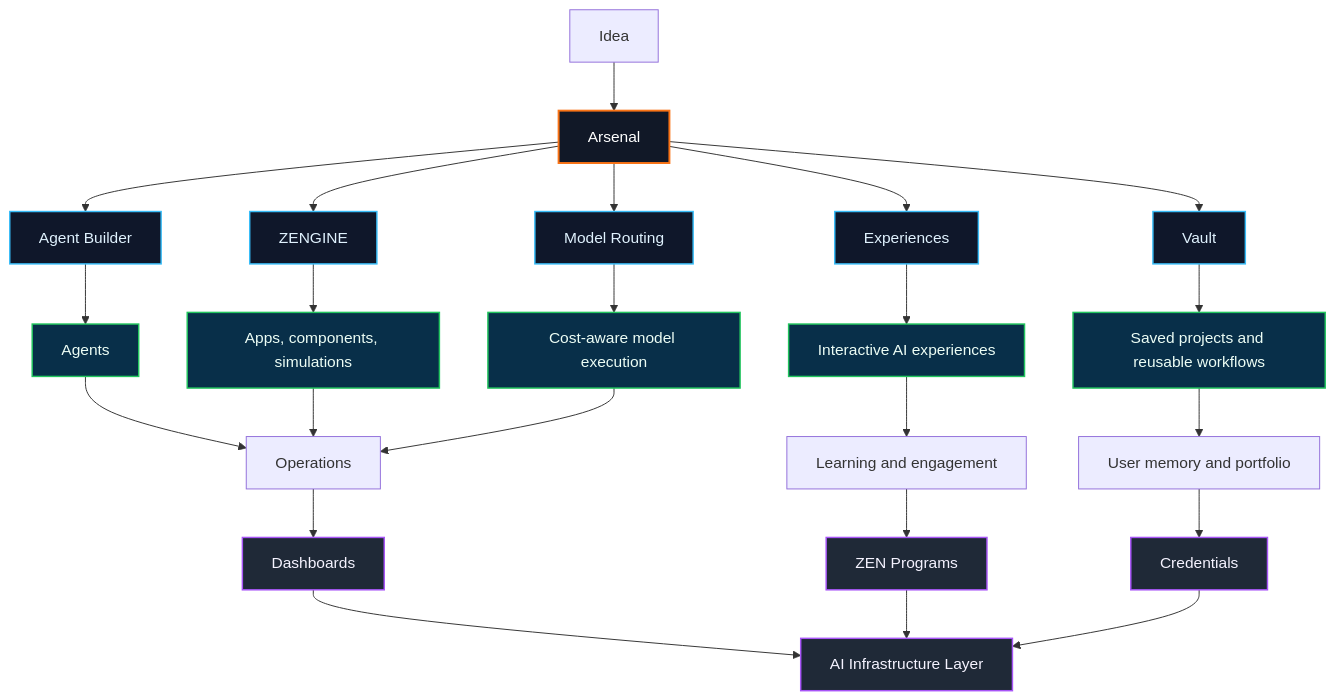
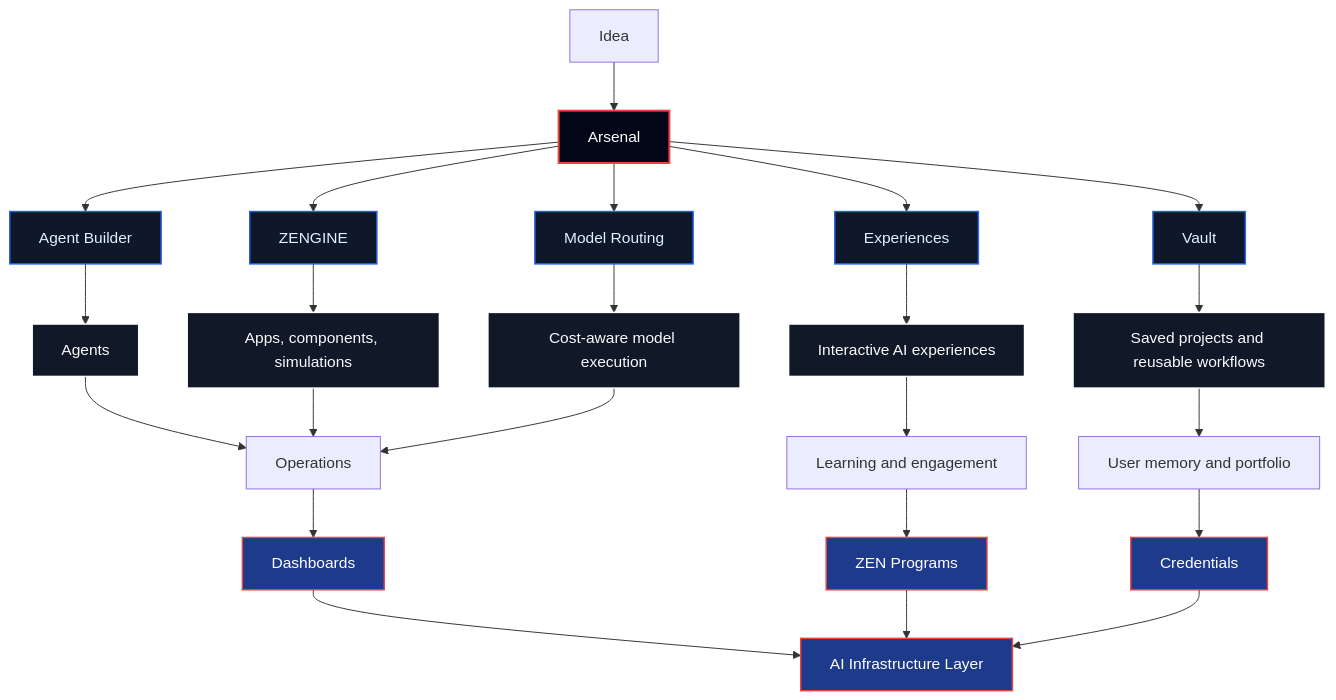
Before and after one commit to Bluenot3/Bluenot3: the diagram in README.md, drawn with Mermaid. The commit also changed other lines of this file, not shown here.

````diff
--- a/README.md
+++ b/README.md
@@ -82,40 +82,40 @@
 ```mermaid
 flowchart TB
     idea["Idea"] --> arsenal["Arsenal"]
 
     arsenal --> builder["Agent Builder"]
     arsenal --> zengine["ZENGINE"]
     arsenal --> experiences["Experiences"]
     arsenal --> vault["Vault"]
     arsenal --> router["Model Routing"]
 
     builder --> agents["Agents"]
     zengine --> apps["Apps, components, simulations"]
     experiences --> interactive["Interactive AI experiences"]
     vault --> memory["Saved projects and reusable workflows"]
     router --> execution["Cost-aware model execution"]
 
     agents --> ops["Operations"]
     apps --> ops
     interactive --> learning["Learning and engagement"]
     memory --> portfolio["User memory and portfolio"]
     execution --> ops
 
     ops --> dashboards["Dashboards"]
     learning --> programs["ZEN Programs"]
     portfolio --> credentials["Credentials"]
 
     dashboards --> infrastructure["AI Infrastructure Layer"]
     programs --> infrastructure
     credentials --> infrastructure
 
-    classDef core fill:#111827,stroke:#F97316,color:#FFFFFF,stroke-width:2px;
-    classDef build fill:#0F172A,stroke:#38BDF8,color:#E0F2FE,stroke-width:1.5px;
-    classDef output fill:#082F49,stroke:#22C55E,color:#ECFDF5,stroke-width:1.5px;
-    classDef proof fill:#1F2937,stroke:#A855F7,color:#F5F3FF,stroke-width:1.5px;
+    classDef core fill:#020617,stroke:#EF4444,color:#FFFFFF,stroke-width:2px;
+    classDef build fill:#0F172A,stroke:#2563EB,color:#E0F2FE,stroke-width:1.5px;
+    classDef output fill:#111827,stroke:#FFFFFF,color:#F8FAFC,stroke-width:1.5px;
+    classDef proof fill:#1E3A8A,stroke:#EF4444,color:#FFFFFF,stroke-width:1.5px;
 
     class arsenal core;
     class builder,zengine,experiences,vault,router build;
     class agents,apps,interactive,memory,execution output;
     class dashboards,programs,credentials,infrastructure proof;
 ```
````
